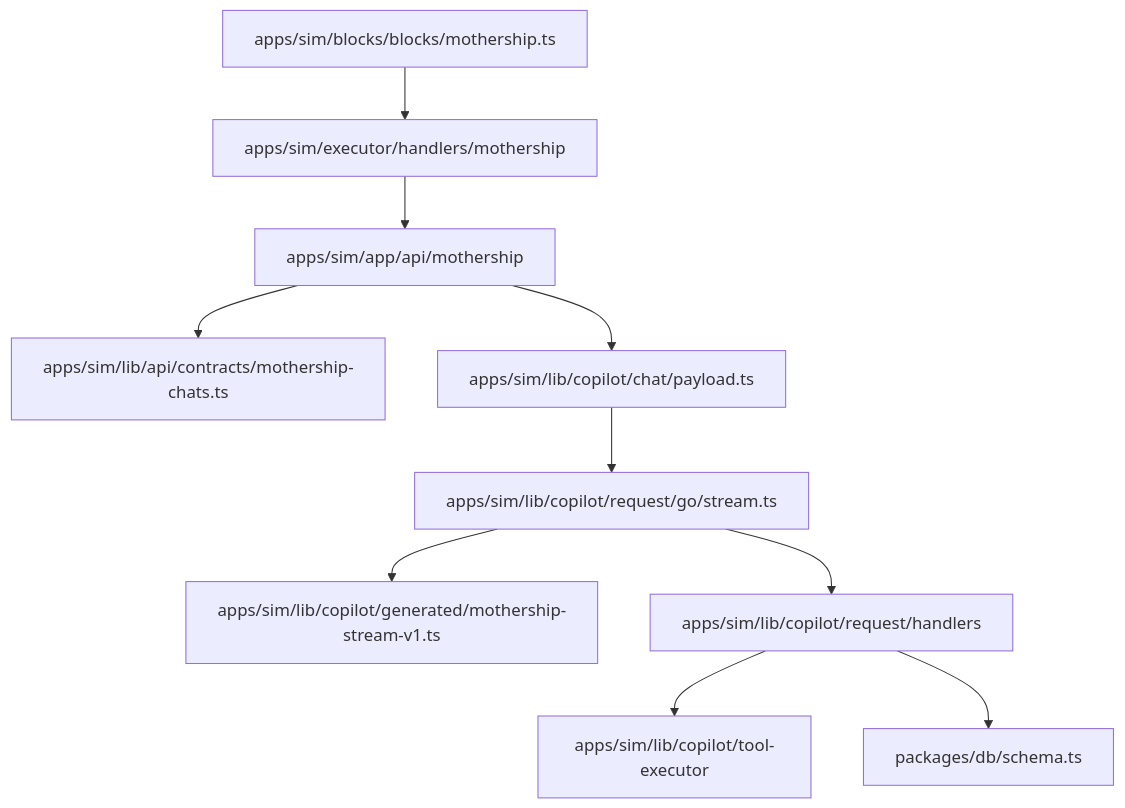
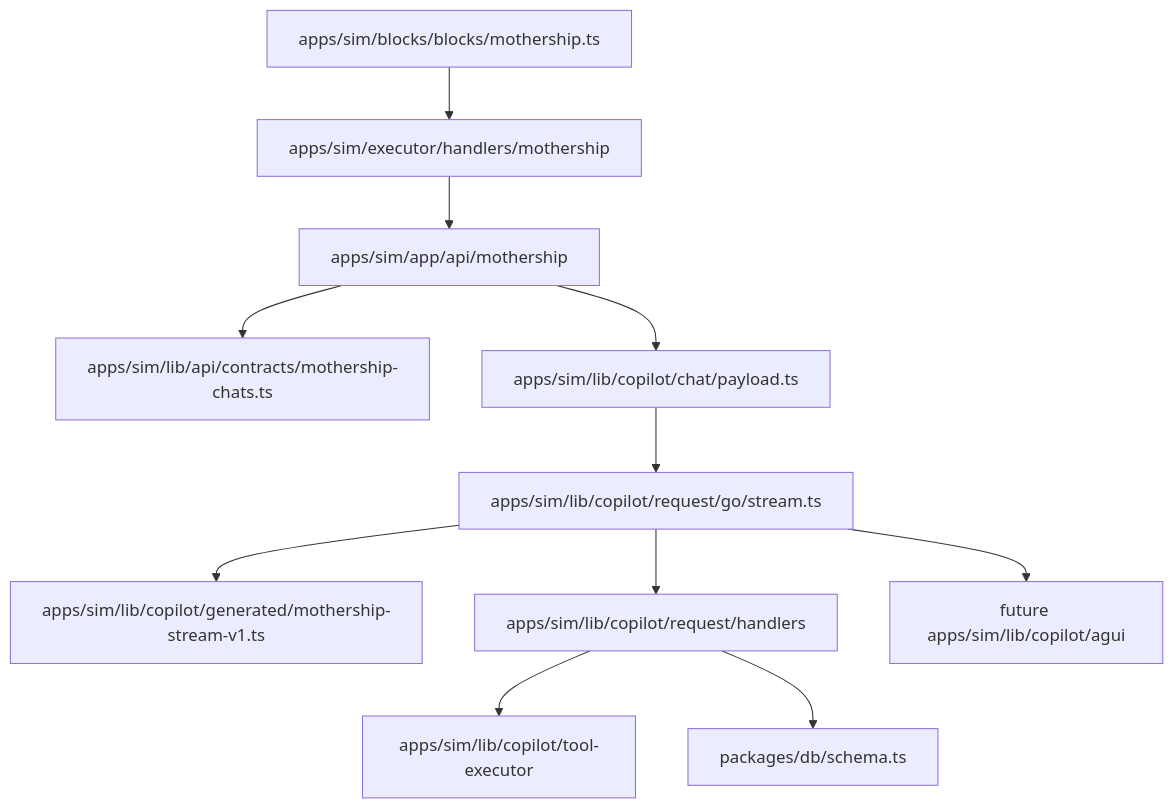
One commit to nfbs2000/speaky-sim changed the second of 2 diagrams in site/docs/index.md. Above: the diagram before and after it, drawn with Mermaid. The commit also changed other lines of this file and 6 other files, not shown here.

````diff
--- a/site/docs/index.md
+++ b/site/docs/index.md
@@ -29,12 +31,13 @@
 ```mermaid
 flowchart TD
   Routes["apps/sim/app/api/mothership"] --> Contracts["apps/sim/lib/api/contracts/mothership-chats.ts"]
   Routes --> Payload["apps/sim/lib/copilot/chat/payload.ts"]
   Payload --> Stream["apps/sim/lib/copilot/request/go/stream.ts"]
   Stream --> Generated["apps/sim/lib/copilot/generated/mothership-stream-v1.ts"]
   Stream --> Handlers["apps/sim/lib/copilot/request/handlers"]
   Handlers --> ToolExec["apps/sim/lib/copilot/tool-executor"]
   Handlers --> Db["packages/db/schema.ts"]
+  Stream --> Agui["future apps/sim/lib/copilot/agui"]
   Block["apps/sim/blocks/blocks/mothership.ts"] --> BlockHandler["apps/sim/executor/handlers/mothership"]
   BlockHandler --> Routes
 ```
````
